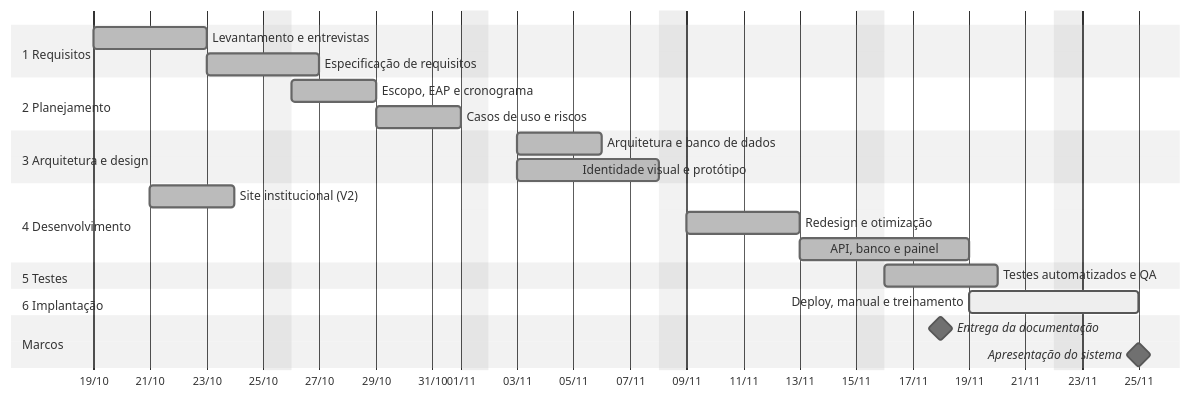
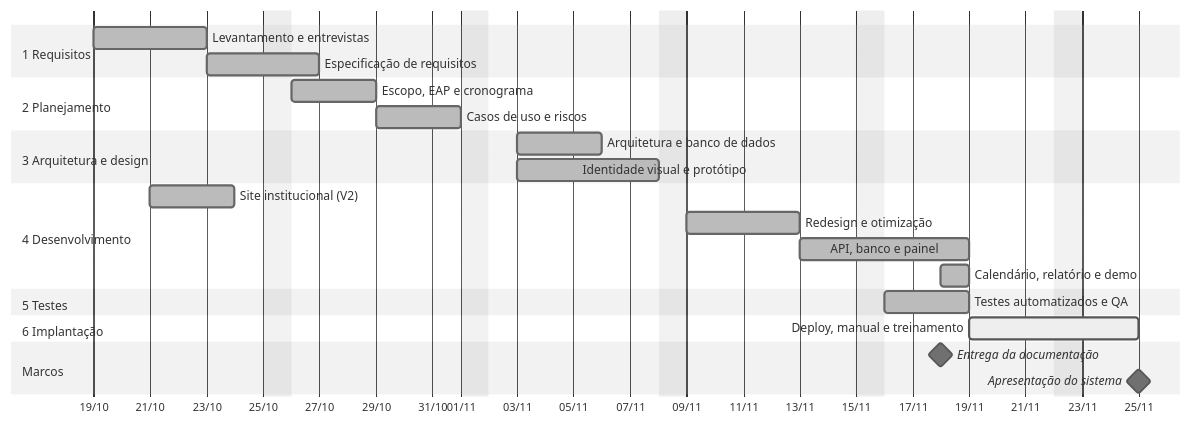
Before and after one commit to GustavoResendeDev/V2.AtividadeEscolar: the diagram in docs/diagramas/fonte/02-cronograma.mmd, drawn with Mermaid (neutral theme). The commit also changed 69 other files, not shown here.

```diff
--- a/docs/diagramas/fonte/02-cronograma.mmd
+++ b/docs/diagramas/fonte/02-cronograma.mmd
@@ -1,25 +1,26 @@
 gantt
   dateFormat YYYY-MM-DD
   axisFormat %d/%m
   todayMarker off
   excludes sunday
   section 1 Requisitos
     Levantamento e entrevistas        :done, r1, 2026-10-19, 4d
     Especificação de requisitos       :done, r2, after r1, 3d
   section 2 Planejamento
     Escopo, EAP e cronograma          :done, p1, 2026-10-26, 3d
     Casos de uso e riscos             :done, p2, after p1, 3d
   section 3 Arquitetura e design
     Arquitetura e banco de dados      :done, a1, 2026-11-03, 3d
     Identidade visual e protótipo     :done, a2, 2026-11-03, 5d
   section 4 Desenvolvimento
     Site institucional (V2)           :done, d1, 2026-10-21, 3d
     Redesign e otimização             :done, d2, 2026-11-09, 4d
     API, banco e painel               :done, d3, 2026-11-13, 5d
+    Calendário, relatório e demo      :done, d4, 2026-11-18, 1d
   section 5 Testes
-    Testes automatizados e QA         :done, t1, 2026-11-16, 4d
+    Testes automatizados e QA         :done, t1, 2026-11-16, 3d
   section 6 Implantação
     Deploy, manual e treinamento      :active, i1, 2026-11-19, 5d
   section Marcos
     Entrega da documentação           :milestone, m1, 2026-11-18, 0d
     Apresentação do sistema           :milestone, m2, 2026-11-25, 0d
```
